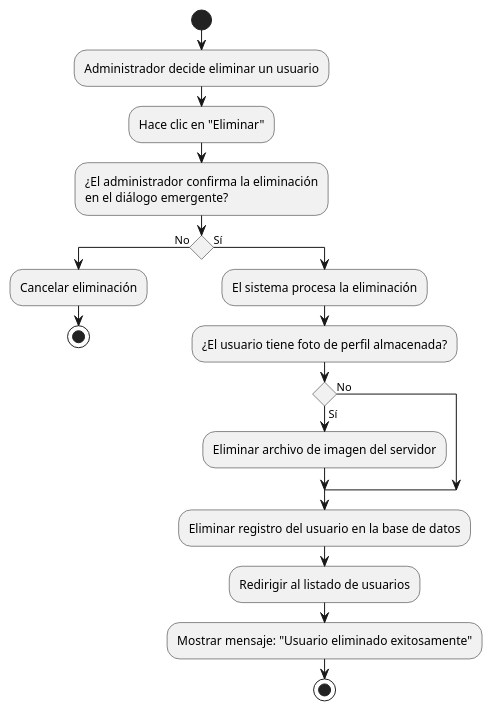
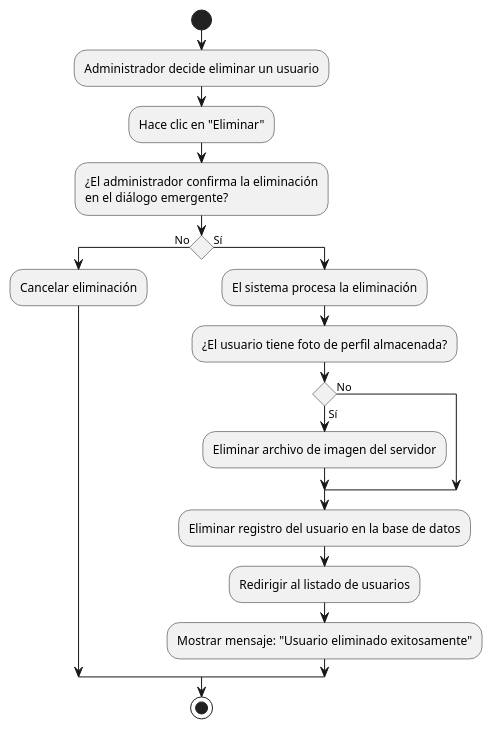
The diagram in document/diagrama_actividades/ADM/ADM-12.md (MasterErrorCLONE04/SIGERD.1.0), drawn with PlantUML before and after one commit. The commit also changed 28 other files, not shown here.

````diff
--- a/document/diagrama_actividades/ADM/ADM-12.md
+++ b/document/diagrama_actividades/ADM/ADM-12.md
@@ -16,30 +16,29 @@
 ```plantuml
 @startuml
 skinparam ConditionEndStyle hline
 
 start
 
 :Administrador decide eliminar un usuario;
 :Hace clic en "Eliminar";
 
 :¿El administrador confirma la eliminación\nen el diálogo emergente?;
 if () then (No)
   :Cancelar eliminación;
-  stop
 else (Sí)
   :El sistema procesa la eliminación;
   
   :¿El usuario tiene foto de perfil almacenada?;
   if () then (Sí)
     :Eliminar archivo de imagen del servidor;
   else (No)
   endif
   
   :Eliminar registro del usuario en la base de datos;
   :Redirigir al listado de usuarios;
   :Mostrar mensaje: "Usuario eliminado exitosamente";
-  stop
 endif
 
+stop
 @enduml
 ```
````
